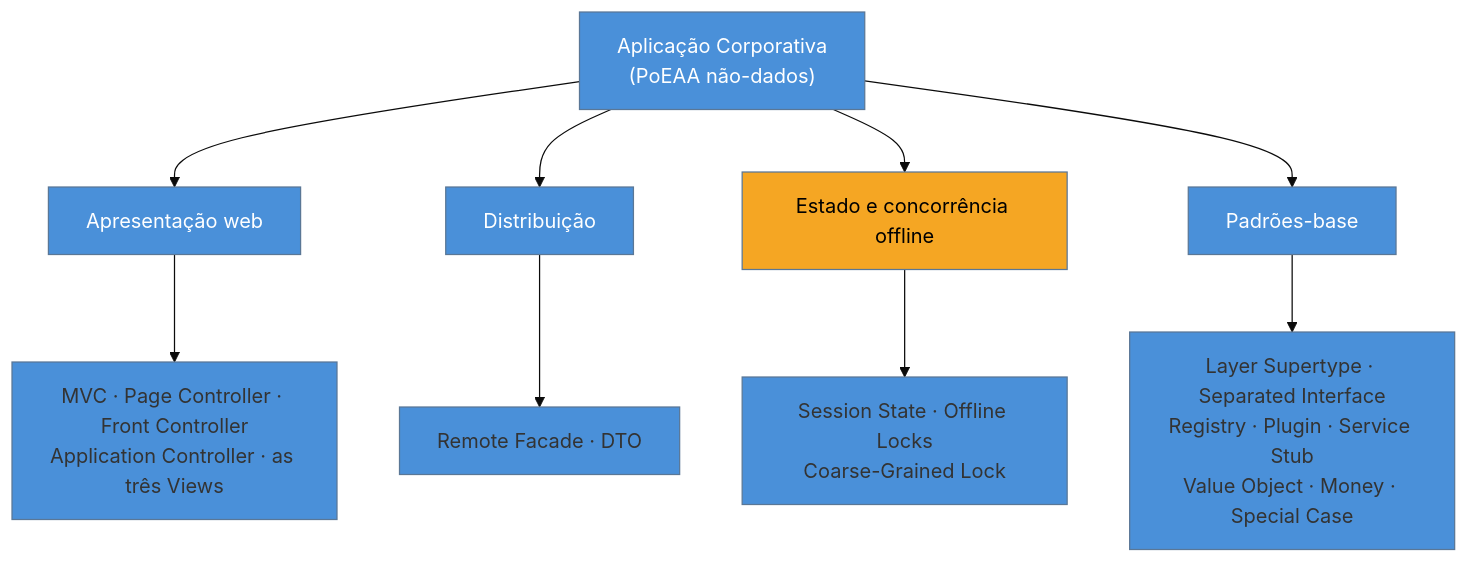
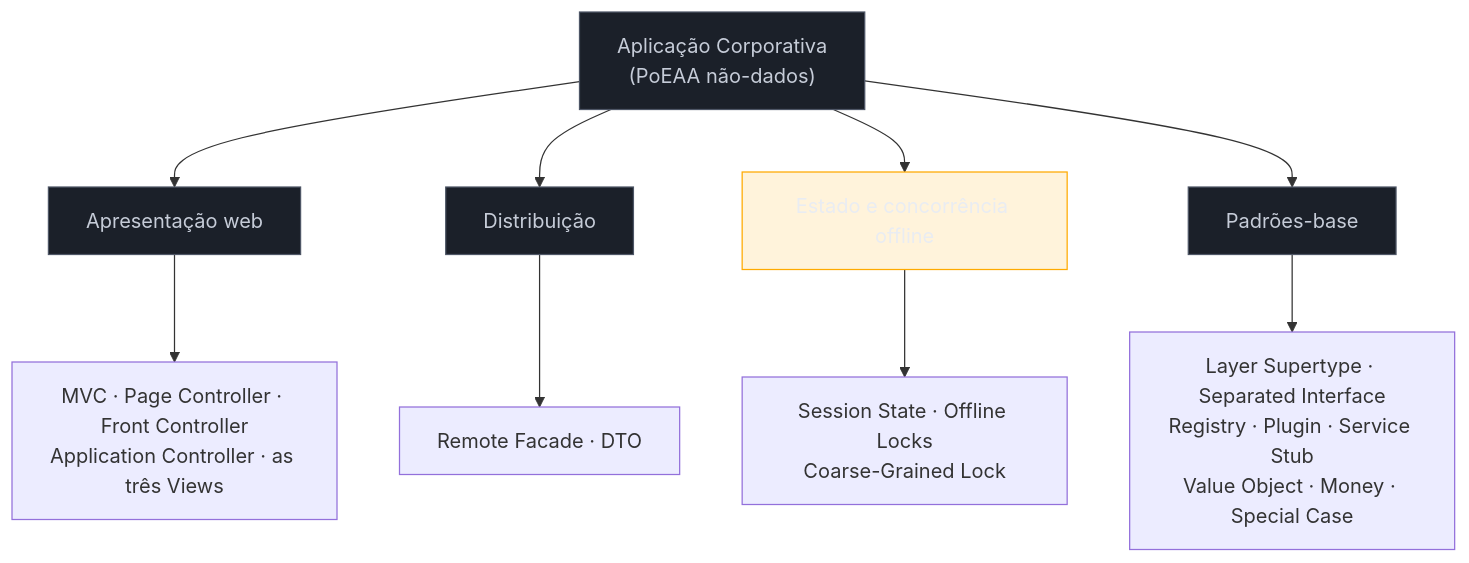
The second of 2 diagrams in 03-Dominios/Engenharia/Design de Software/Padrões de Projeto/Aplicação Corporativa/01 - Panorama da aplicação corporativa.md (josenaldo/codex-technomanticus), drawn with Mermaid before and after one commit. The commit also changed other lines of this file and 1181 other files, not shown here.

First line of the commit message:
fix(diagramas): paleta do sistema no lugar de cor cravada no markdown

````diff
--- a/03-Dominios/Engenharia/Design de Software/Padrões de Projeto/Aplicação Corporativa/01 - Panorama da aplicação corporativa.md
+++ b/03-Dominios/Engenharia/Design de Software/Padrões de Projeto/Aplicação Corporativa/01 - Panorama da aplicação corporativa.md
@@ -68,19 +68,20 @@
 ```mermaid
-%%{init: {"theme": "base", "themeVariables": {"primaryColor": "#4A90D9"}}}%%
 graph TD
+    classDef neutro fill:#1B2029,stroke:#4E5666,color:#C6CCD8
+    classDef destaque fill:#FFAA0024,stroke:#FFAA00,color:#E9ECF2
     A["Aplicação Corporativa<br/>(PoEAA não-dados)"] --> W["Apresentação web"]
     A --> DI["Distribuição"]
     A --> C["Estado e concorrência offline"]
     A --> B["Padrões-base"]
 
     W --> W1["MVC · Page Controller · Front Controller<br/>Application Controller · as três Views"]
     DI --> D1["Remote Facade · DTO"]
     C --> C1["Session State · Offline Locks<br/>Coarse-Grained Lock"]
     B --> B1["Layer Supertype · Separated Interface<br/>Registry · Plugin · Service Stub<br/>Value Object · Money · Special Case"]
 
-    style A fill:#4A90D9,color:#fff
-    style W fill:#4A90D9,color:#fff
-    style DI fill:#4A90D9,color:#fff
-    style C fill:#F5A623,color:#000
-    style B fill:#4A90D9,color:#fff
+    class A neutro
+    class W neutro
+    class DI neutro
+    class C destaque
+    class B neutro
 ```
````
